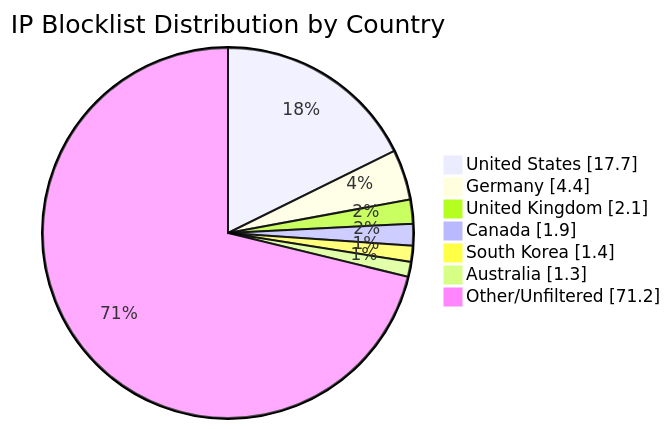
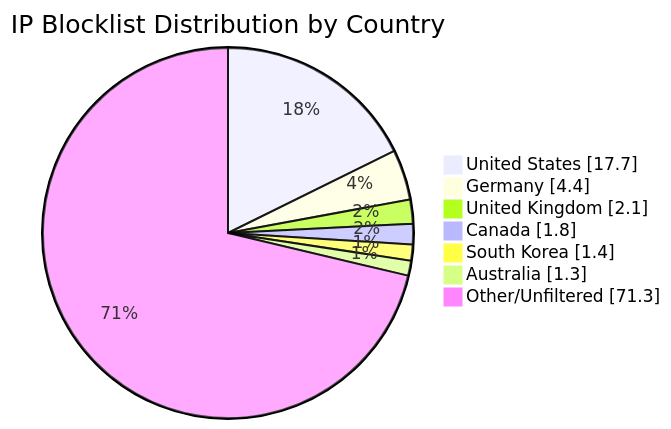
The diagram in README.md (MarcusHoltz/ipblocklist-geofiltered-aggregator), drawn with Mermaid before and after one commit. The commit also changed other lines of this file and 9 other files, not shown here.

````diff
--- a/README.md
+++ b/README.md
@@ -34,10 +34,10 @@
 ```mermaid
 pie showData title IP Blocklist Distribution by Country
 "United States" : 17.7
 "Germany" : 4.4
 "United Kingdom" : 2.1
-"Canada" : 1.9
+"Canada" : 1.8
 "South Korea" : 1.4
 "Australia" : 1.3
-"Other/Unfiltered" : 71.2
+"Other/Unfiltered" : 71.3
 ```
````
